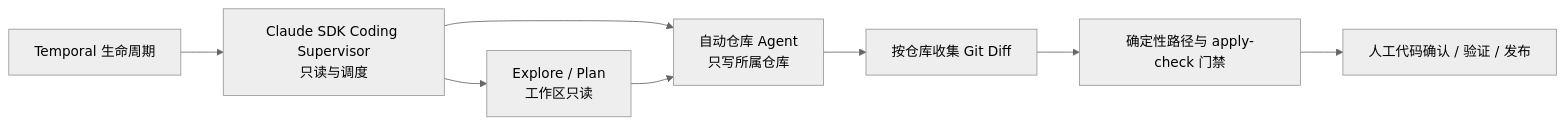
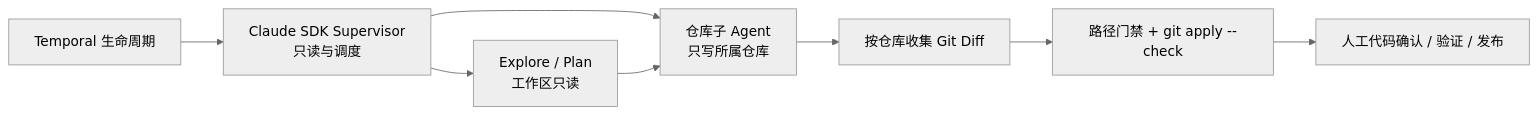
The second of 3 diagrams in docs/architecture.md (IsNoOneHere/asterism), drawn with Mermaid (neutral theme) before and after one commit. The commit also changed other lines of this file and 70 other files, not shown here.

Commit message:
refactor: retire legacy execution architecture

````diff
--- a/docs/architecture.md
+++ b/docs/architecture.md
@@ -39,10 +36,10 @@
 ```mermaid
 flowchart LR
-    T["Temporal 生命周期"] --> S["Claude SDK Coding Supervisor\n只读与调度"]
+    T["Temporal 生命周期"] --> S["Claude SDK Supervisor\n只读与调度"]
     S --> R["Explore / Plan\n工作区只读"]
-    S --> B["自动仓库 Agent\n只写所属仓库"]
-    R --> B
-    B --> D["按仓库收集 Git Diff"]
-    D --> G["确定性路径与 apply-check 门禁"]
+    S --> A["仓库子 Agent\n只写所属仓库"]
+    R --> A
+    A --> D["按仓库收集 Git Diff"]
+    D --> G["路径门禁 + git apply --check"]
     G --> H["人工代码确认 / 验证 / 发布"]
 ```
````
